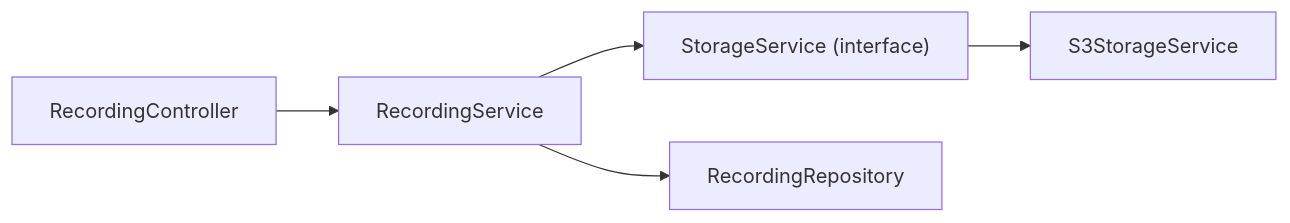
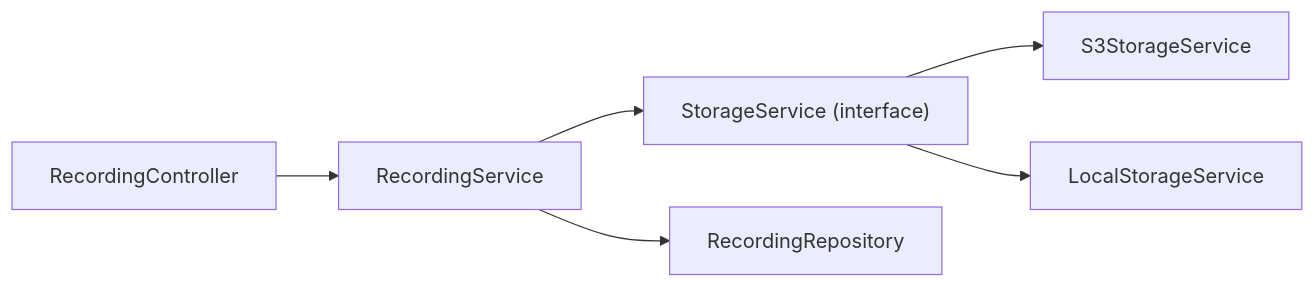
The seventh of 9 diagrams in .qoder/repowiki/en/content/Backend Modules/Infrastructure Layer/Storage Integration.md (Vostrikov2014/vks-qoder), drawn with Mermaid before and after one commit. The commit also changed other lines of this file and 11 other files, not shown here.

````diff
--- a/.qoder/repowiki/en/content/Backend Modules/Infrastructure Layer/Storage Integration.md
+++ b/.qoder/repowiki/en/content/Backend Modules/Infrastructure Layer/Storage Integration.md
@@ -236,7 +341,8 @@
 ```mermaid
 graph LR
 RC["RecordingController"] --> RS["RecordingService"]
 RS --> IS["StorageService (interface)"]
 IS --> S3["S3StorageService"]
+IS --> LS["LocalStorageService"]
 RS --> RR["RecordingRepository"]
 ```
````
